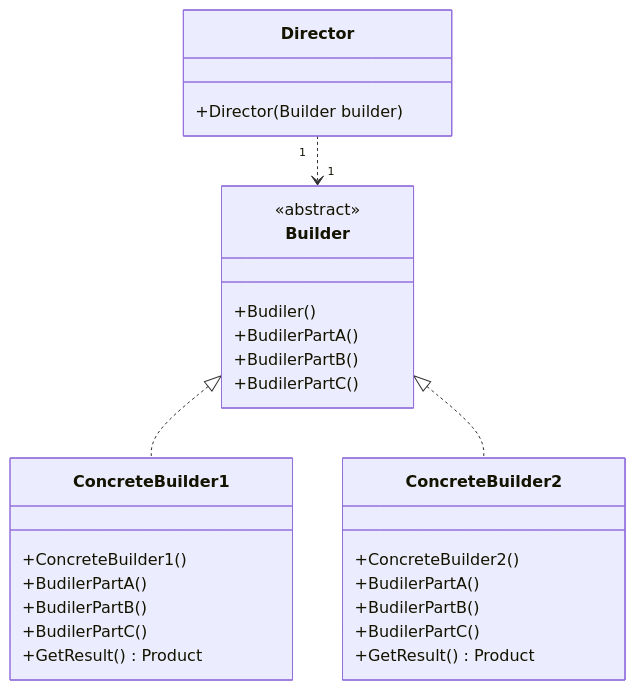
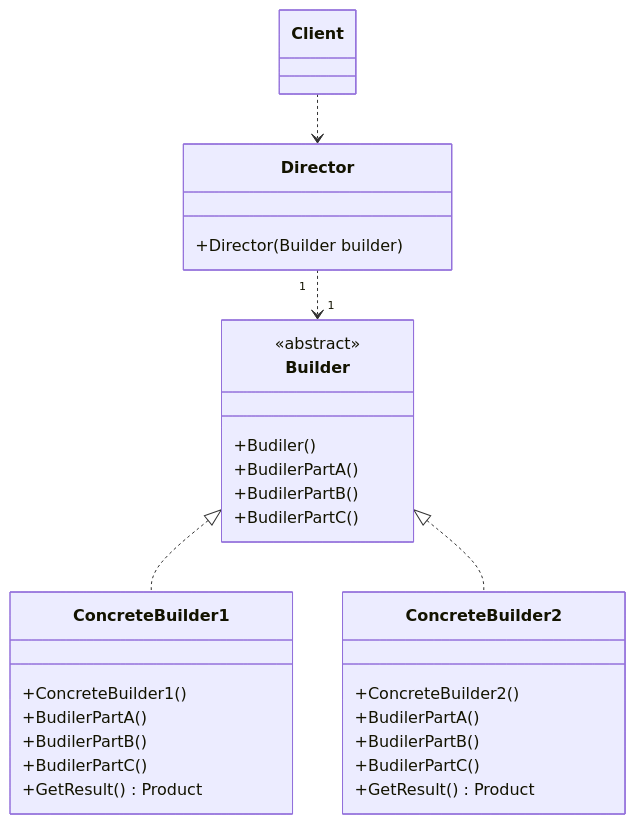
One commit to thunderstormwang/CodingNote changed the diagram in design_pattern/builder.md. Above: the diagram before and after it, drawn with Mermaid. The commit also changed other lines of this file and 6 other files, not shown here.

````diff
--- a/design_pattern/builder.md
+++ b/design_pattern/builder.md
@@ -7,31 +8,33 @@
 ```mermaid
 classDiagram
+class Client
 class Director {
     +Director(Builder builder)
 }
 class Builder {
     <<abstract>>
     +Budiler()
     +BudilerPartA()
     +BudilerPartB()
     +BudilerPartC()
 }
 class ConcreteBuilder1 {
     +ConcreteBuilder1()
     +BudilerPartA()
     +BudilerPartB()
     +BudilerPartC()
     +GetResult() Product
 }
 class ConcreteBuilder2 {
     +ConcreteBuilder2()
     +BudilerPartA()
     +BudilerPartB()
     +BudilerPartC()
     +GetResult() Product
 }
 
+Client ..> Director
 Director "1" ..> "1" Builder
 Builder <|.. ConcreteBuilder1
 Builder <|.. ConcreteBuilder2
 ```
````
